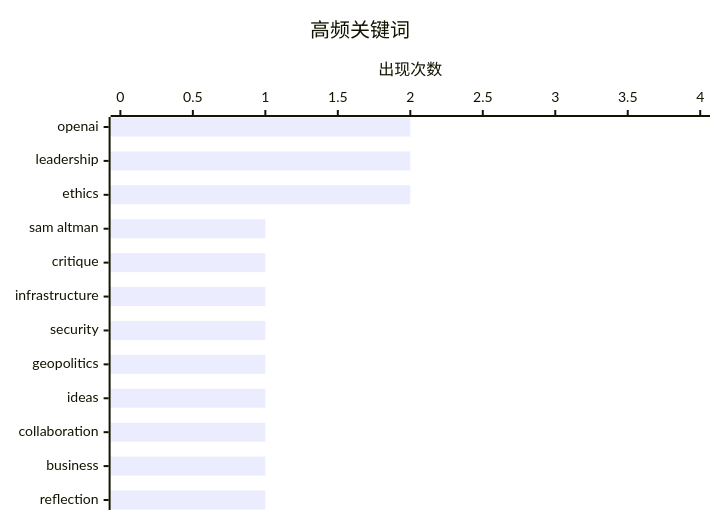
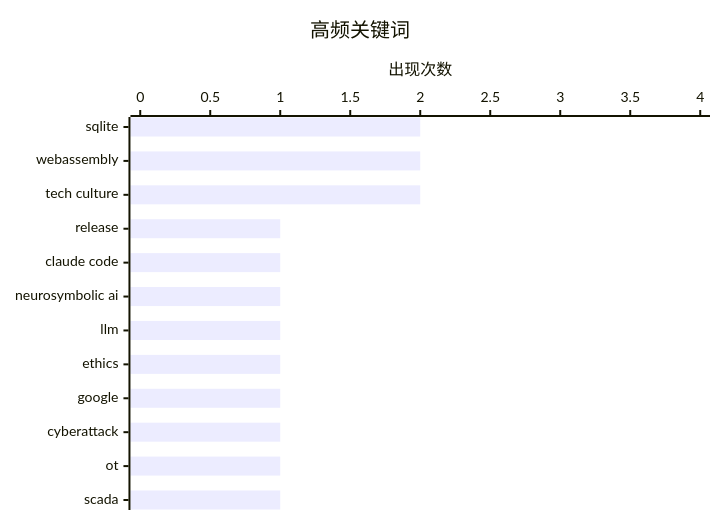
One commit to originem0/SZBlog changed the second of 2 diagrams in content/ai-daily/2026-04-12.md. Above: the diagram before and after it, drawn with Mermaid. The commit also changed other lines of this file, not shown here.

````diff
--- a/content/ai-daily/2026-04-12.md
+++ b/content/ai-daily/2026-04-12.md
@@ -71,7 +67,7 @@
 ```mermaid
 xychart-beta horizontal
     title "高频关键词"
-    x-axis ["openai", "leadership", "ethics", "sam altman", "critique", "infrastructure", "security", "geopolitics", "ideas", "collaboration", "business", "reflection"]
+    x-axis ["sqlite", "webassembly", "tech culture", "release", "claude code", "neurosymbolic ai", "llm", "ethics", "google", "cyberattack", "ot", "scada"]
     y-axis "出现次数" 0 --> 4
     bar [2, 2, 2, 1, 1, 1, 1, 1, 1, 1, 1, 1]
 ```
````
